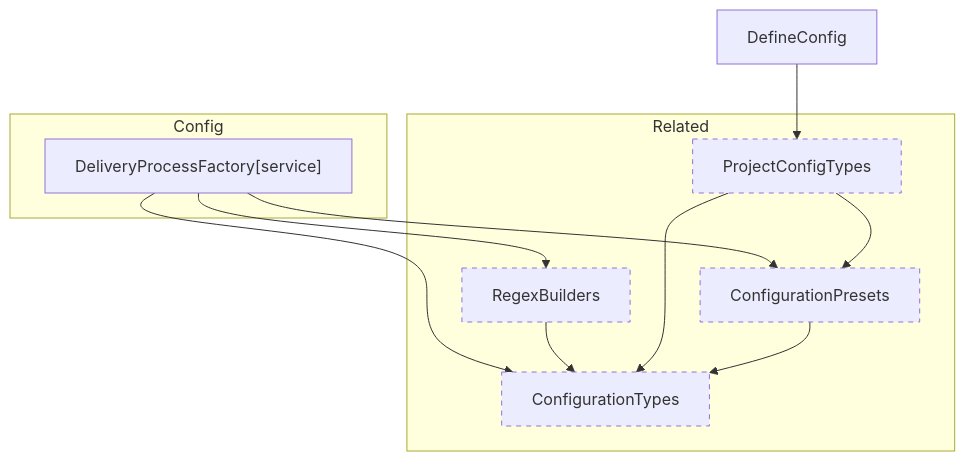
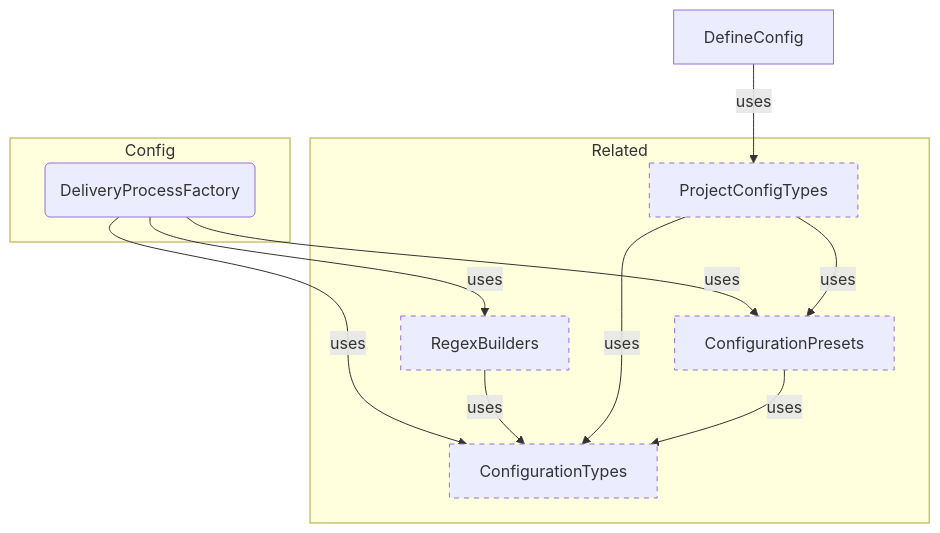
Before and after one commit to libar-dev/architect: the diagram in docs-generated/docs/REFERENCE-SAMPLE.md, drawn with Mermaid. The commit also changed other lines of this file and 18 other files, not shown here.

````diff
--- a/docs-generated/docs/REFERENCE-SAMPLE.md
+++ b/docs-generated/docs/REFERENCE-SAMPLE.md
@@ -28,22 +12,22 @@
 ```mermaid
 graph TB
     subgraph config["Config"]
-        DeliveryProcessFactory["DeliveryProcessFactory[service]"]
+        DeliveryProcessFactory("DeliveryProcessFactory")
     end
     DefineConfig["DefineConfig"]
     subgraph related["Related"]
         ConfigurationTypes["ConfigurationTypes"]:::neighbor
         RegexBuilders["RegexBuilders"]:::neighbor
         ProjectConfigTypes["ProjectConfigTypes"]:::neighbor
         ConfigurationPresets["ConfigurationPresets"]:::neighbor
     end
-    DeliveryProcessFactory --> ConfigurationTypes
-    DeliveryProcessFactory --> ConfigurationPresets
-    DeliveryProcessFactory --> RegexBuilders
-    DefineConfig --> ProjectConfigTypes
-    RegexBuilders --> ConfigurationTypes
-    ProjectConfigTypes --> ConfigurationTypes
-    ProjectConfigTypes --> ConfigurationPresets
-    ConfigurationPresets --> ConfigurationTypes
+    DeliveryProcessFactory -->|uses| ConfigurationTypes
+    DeliveryProcessFactory -->|uses| ConfigurationPresets
+    DeliveryProcessFactory -->|uses| RegexBuilders
+    DefineConfig -->|uses| ProjectConfigTypes
+    RegexBuilders -->|uses| ConfigurationTypes
+    ProjectConfigTypes -->|uses| ConfigurationTypes
+    ProjectConfigTypes -->|uses| ConfigurationPresets
+    ConfigurationPresets -->|uses| ConfigurationTypes
     classDef neighbor stroke-dasharray: 5 5
 ```
````
